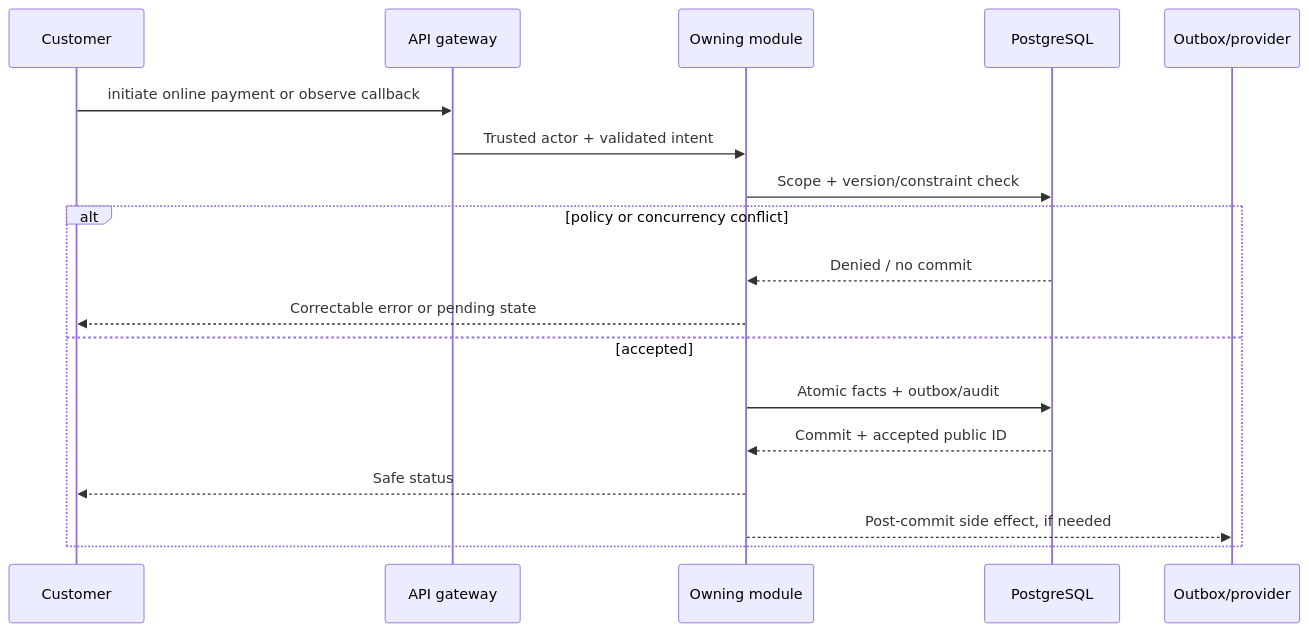
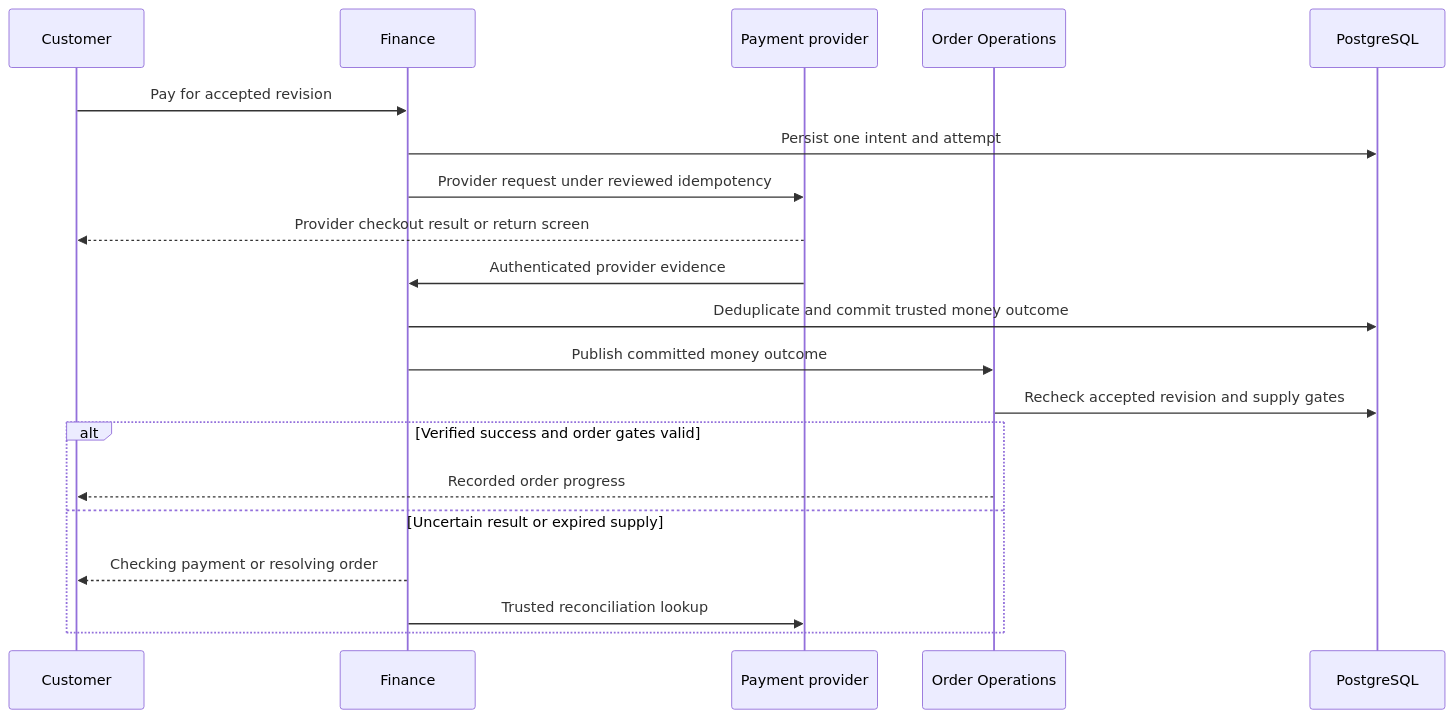
The diagram in 06-Workflows/WF-005-Payment-and-Confirmation.md (shiladityamajumder/pharmville-docs), drawn with Mermaid before and after one commit. The commit also changed other lines of this file and 158 other files, not shown here.

Commit message:
docs: add business guides, fix Mermaid diagrams, improve traceability and automate validation

````diff
--- a/06-Workflows/WF-005-Payment-and-Confirmation.md
+++ b/06-Workflows/WF-005-Payment-and-Confirmation.md
@@ -31,20 +27,22 @@
 ```mermaid
 sequenceDiagram
-  participant A as Customer
-  participant API as API gateway
-  participant O as Owning module
-  participant PG as PostgreSQL
-  participant P as Outbox/provider
-  A->>API: initiate online payment or observe callback
-  API->>O: Trusted actor + validated intent
-  O->>PG: Scope + version/constraint check
-  alt policy or concurrency conflict
-    PG-->>O: Denied / no commit
-    O-->>A: Correctable error or pending state
-  else accepted
-    O->>PG: Atomic facts + outbox/audit
-    PG-->>O: Commit + accepted public ID
-    O-->>A: Safe status
-    O-->>P: Post-commit side effect, if needed
+  participant C as Customer
+  participant O as Finance
+  participant S as Payment provider
+  participant R as Order Operations
+  participant D as PostgreSQL
+  C->>O: Pay for accepted revision
+  O->>D: Persist one intent and attempt
+  O->>S: Provider request under reviewed idempotency
+  S-->>C: Provider checkout result or return screen
+  S->>O: Authenticated provider evidence
+  O->>D: Deduplicate and commit trusted money outcome
+  O->>R: Publish committed money outcome
+  R->>D: Recheck accepted revision and supply gates
+  alt Verified success and order gates valid
+    R-->>C: Recorded order progress
+  else Uncertain result or expired supply
+    O-->>C: Checking payment or resolving order
+    O->>S: Trusted reconciliation lookup
   end
 ```
````
